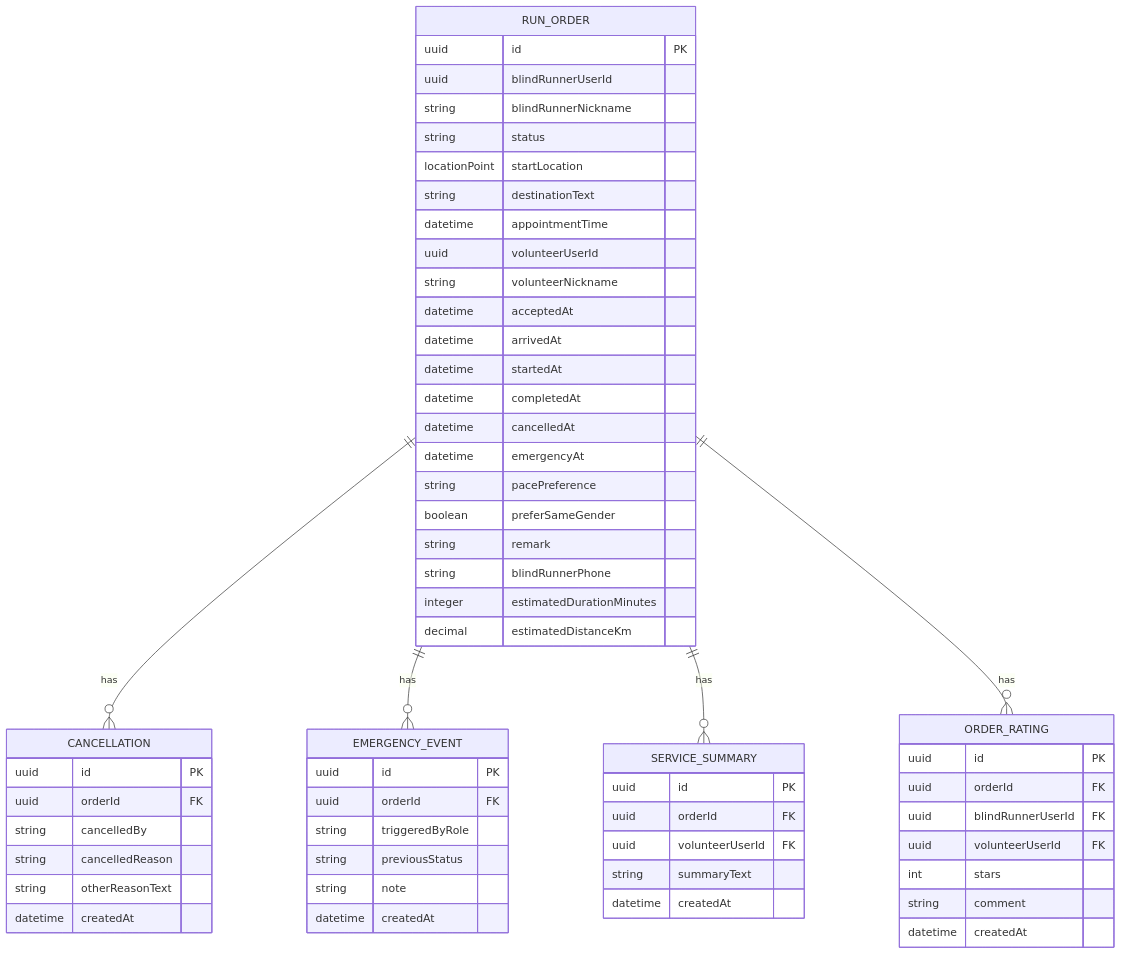
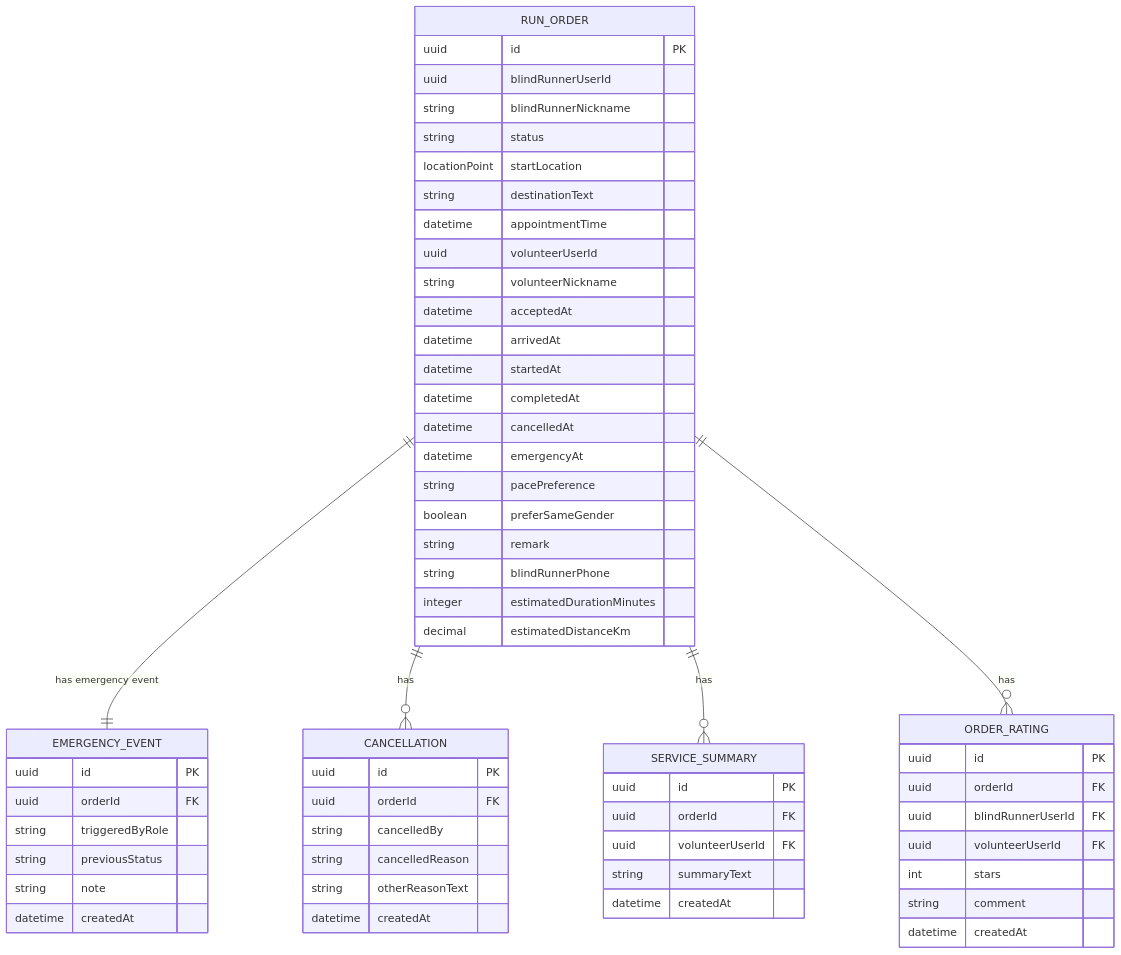
One commit to Jayden23018/blind-run-ios changed diagram 11 of 13 in .qoder/repowiki/zh/content/核心功能模块/订单生命周期管理.md. Above: the diagram before and after it, drawn with Mermaid. The commit also changed other lines of this file and 11 other files, not shown here.

Commit message:
Unify emergency safety flow and status handling

````diff
--- a/.qoder/repowiki/zh/content/核心功能模块/订单生命周期管理.md
+++ b/.qoder/repowiki/zh/content/核心功能模块/订单生命周期管理.md
@@ -453,62 +504,62 @@
 ```mermaid
 erDiagram
 RUN_ORDER {
 uuid id PK
 uuid blindRunnerUserId
 string blindRunnerNickname
 string status
 locationPoint startLocation
 string destinationText
 datetime appointmentTime
 uuid volunteerUserId
 string volunteerNickname
 datetime acceptedAt
 datetime arrivedAt
 datetime startedAt
 datetime completedAt
 datetime cancelledAt
 datetime emergencyAt
 string pacePreference
 boolean preferSameGender
 string remark
 string blindRunnerPhone
 integer estimatedDurationMinutes
 decimal estimatedDistanceKm
 }
+EMERGENCY_EVENT {
+uuid id PK
+uuid orderId FK
+string triggeredByRole
+string previousStatus
+string note
+datetime createdAt
+}
 CANCELLATION {
 uuid id PK
 uuid orderId FK
 string cancelledBy
 string cancelledReason
 string otherReasonText
-datetime createdAt
-}
-EMERGENCY_EVENT {
-uuid id PK
-uuid orderId FK
-string triggeredByRole
-string previousStatus
-string note
 datetime createdAt
 }
 SERVICE_SUMMARY {
 uuid id PK
 uuid orderId FK
 uuid volunteerUserId FK
 string summaryText
 datetime createdAt
 }
 ORDER_RATING {
 uuid id PK
 uuid orderId FK
 uuid blindRunnerUserId FK
 uuid volunteerUserId FK
 int stars
 string comment
 datetime createdAt
 }
+RUN_ORDER ||--|| EMERGENCY_EVENT : "has emergency event"
 RUN_ORDER ||--o{ CANCELLATION : "has"
-RUN_ORDER ||--o{ EMERGENCY_EVENT : "has"
 RUN_ORDER ||--o{ SERVICE_SUMMARY : "has"
 RUN_ORDER ||--o{ ORDER_RATING : "has"
 ```
````
